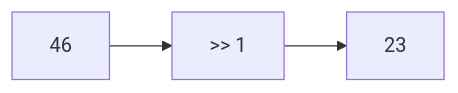
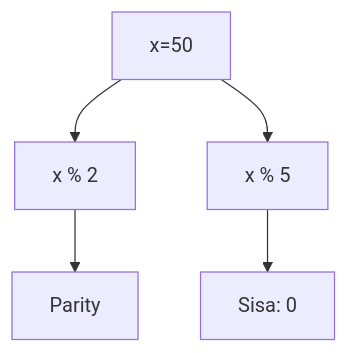
Before and after one commit to amnahwaida/OSNK_INF_PREP: the fifth of 25 diagrams in part-c-pemahaman-cpp/06-bitwise/latihan/set-05.md, drawn with Mermaid. The commit also changed other lines of this file and 71 other files, not shown here.

````diff
--- a/part-c-pemahaman-cpp/06-bitwise/latihan/set-05.md
+++ b/part-c-pemahaman-cpp/06-bitwise/latihan/set-05.md
@@ -139,5 +147,7 @@
 ```mermaid
-graph LR
-    A[46] --> B[">> 1"]
-    B --> C[23]
+graph TD
+A[x=50] --> B[x % 2]
+B --> C[Parity]
+A --> D[x % 5]
+D --> E[Sisa: 0]
 ```
````
